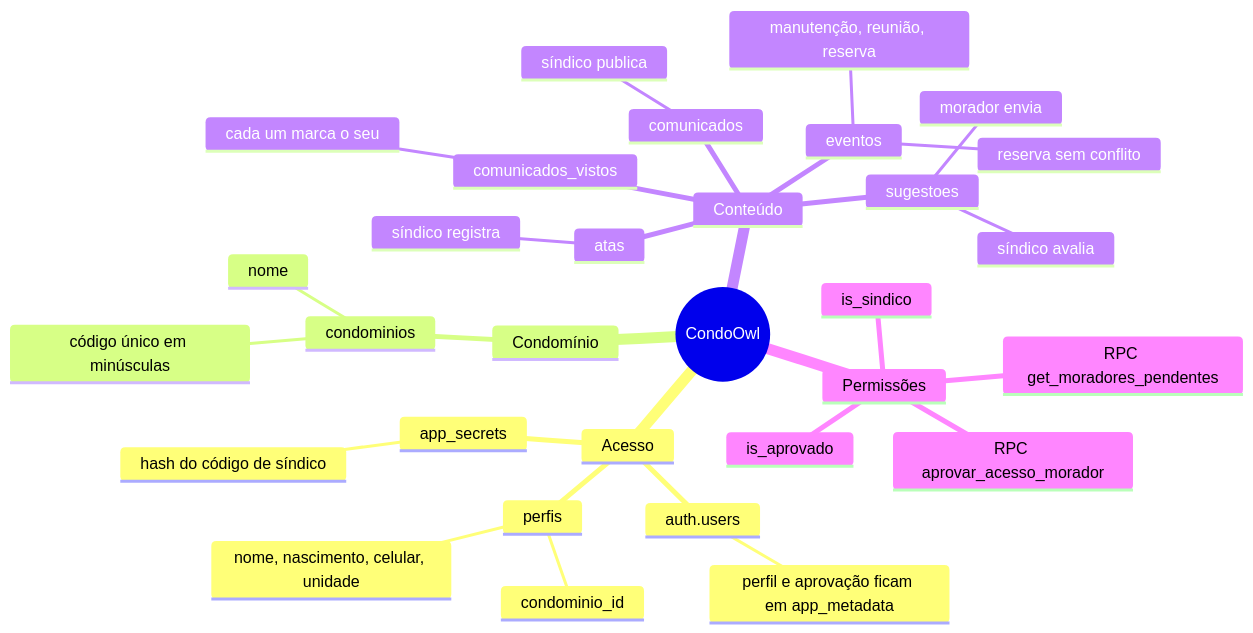
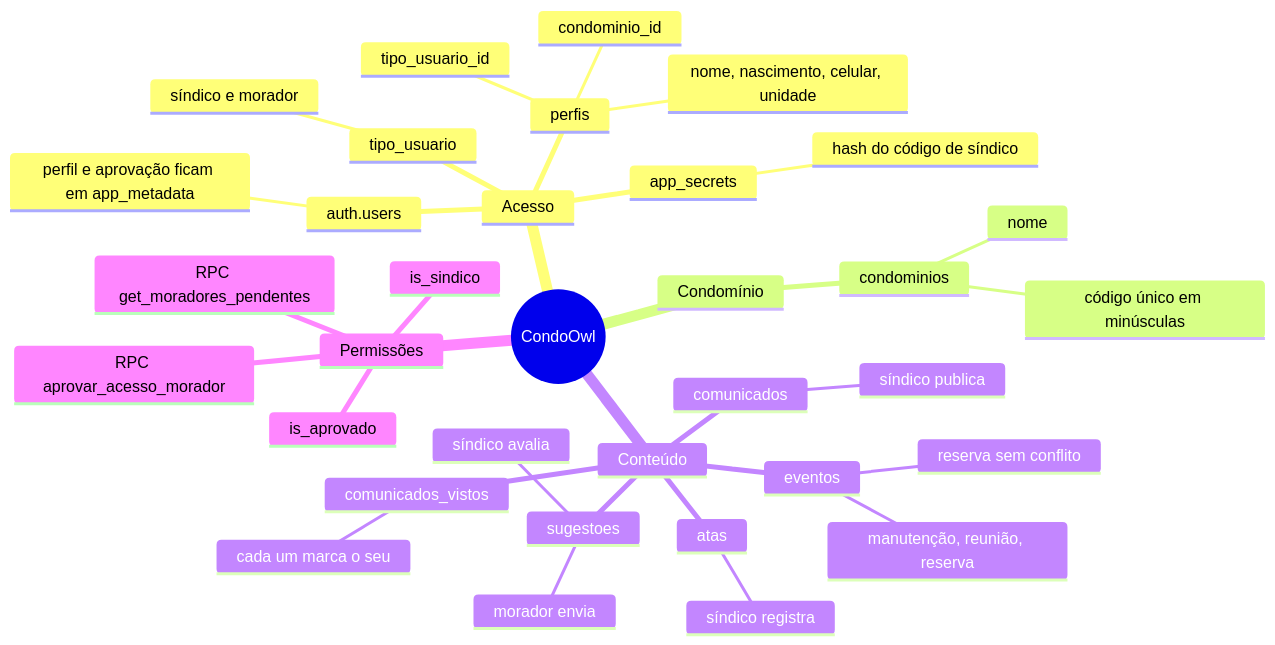
One commit to cond-owl/cond-owl changed the first of 3 diagrams in supabase/docs/mapa-das-tabelas.md. Above: the diagram before and after it, drawn with Mermaid. The commit also changed other lines of this file and 10 other files, not shown here.

````diff
--- a/supabase/docs/mapa-das-tabelas.md
+++ b/supabase/docs/mapa-das-tabelas.md
@@ -10,34 +10,37 @@
 ```mermaid
 mindmap
   root((CondoOwl))
     Acesso
       auth.users
         perfil e aprovação ficam em app_metadata
       perfis
         nome, nascimento, celular, unidade
         condominio_id
+        tipo_usuario_id
+      tipo_usuario
+        síndico e morador
       app_secrets
         hash do código de síndico
     Condomínio
       condominios
         nome
         código único em minúsculas
     Conteúdo
       comunicados
         síndico publica
       comunicados_vistos
         cada um marca o seu
       eventos
         manutenção, reunião, reserva
         reserva sem conflito
       atas
         síndico registra
       sugestoes
         morador envia
         síndico avalia
     Permissões
       is_sindico
       is_aprovado
       RPC get_moradores_pendentes
       RPC aprovar_acesso_morador
 ```
````
